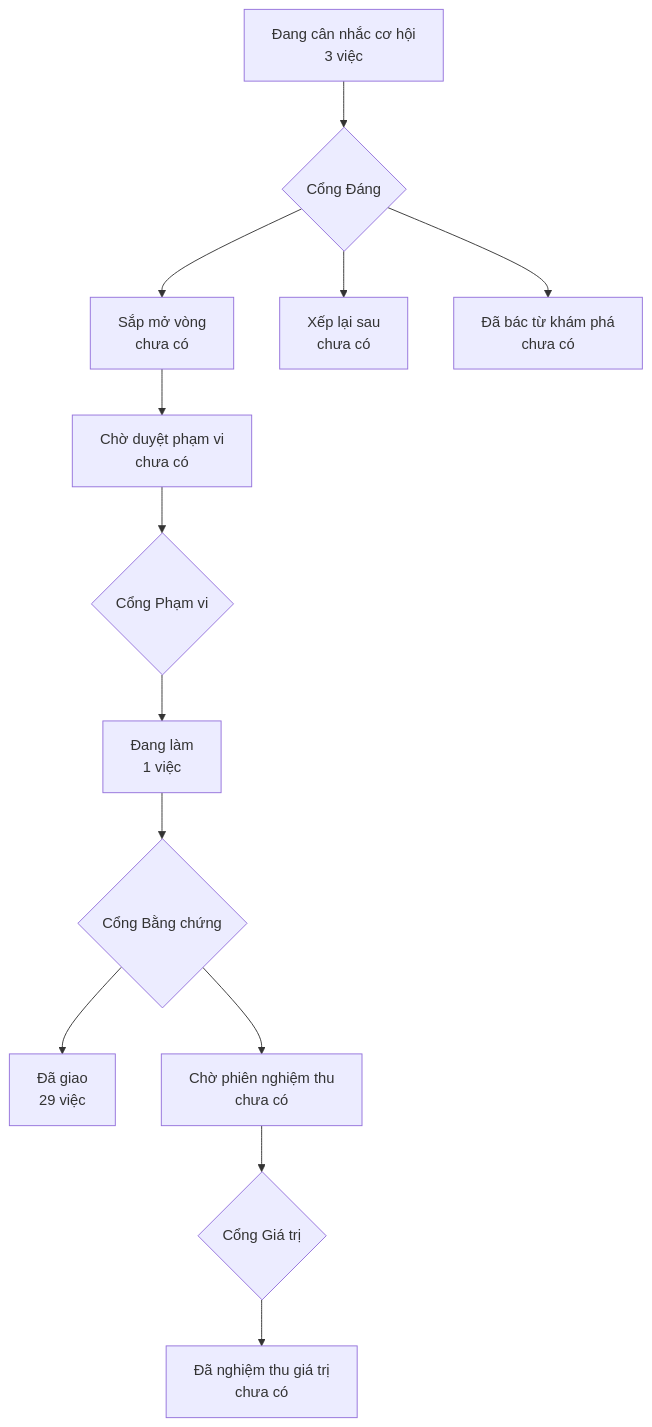
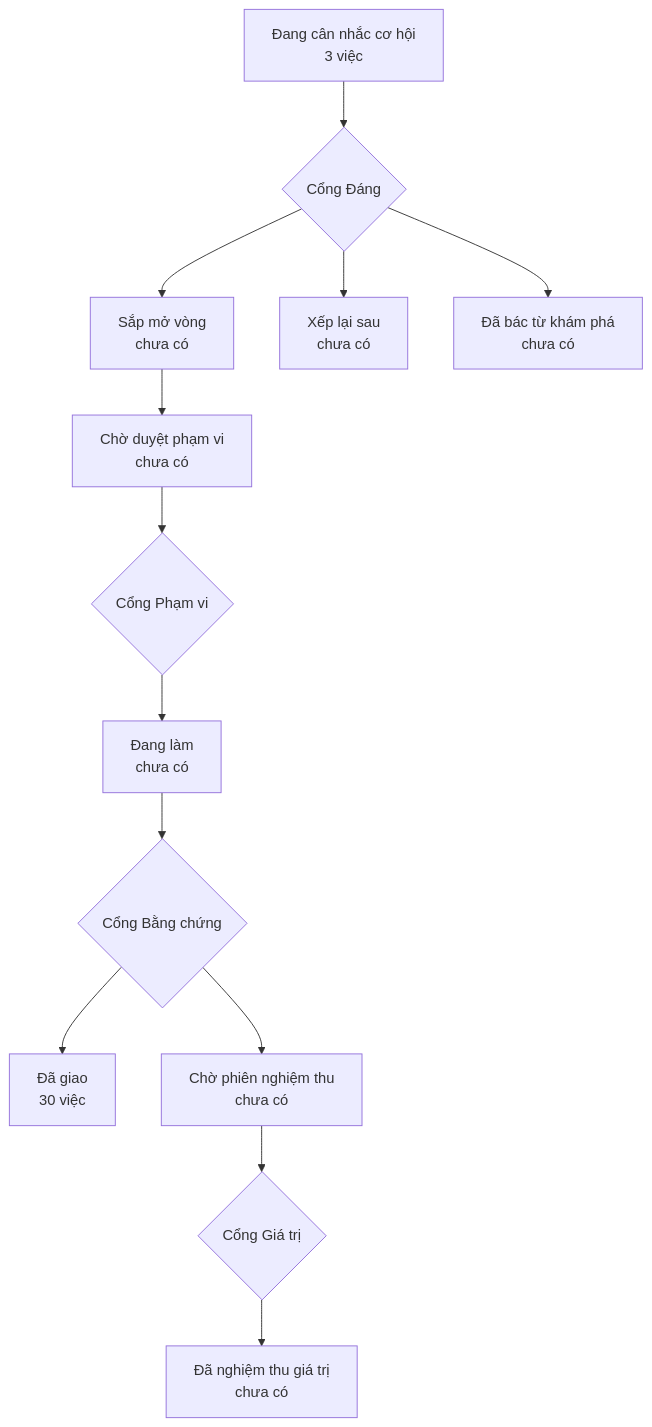
One commit to phanlemanh/OneFlow changed the diagram in PRODUCT-MAP.md. Above: the diagram before and after it, drawn with Mermaid. The commit also changed other lines of this file and 4 other files, not shown here.

````diff
--- a/PRODUCT-MAP.md
+++ b/PRODUCT-MAP.md
@@ -6,12 +6,12 @@
 ```mermaid
 flowchart TD
   A["Đang cân nhắc cơ hội<br/>3 việc"] --> GD{"Cổng Đáng"}
   GD --> B["Sắp mở vòng<br/>chưa có"]
   GD --> XL["Xếp lại sau<br/>chưa có"]
   GD --> DB["Đã bác từ khám phá<br/>chưa có"]
   B --> CD["Chờ duyệt phạm vi<br/>chưa có"] --> GP{"Cổng Phạm vi"}
-  GP --> DL["Đang làm<br/>1 việc"] --> GB{"Cổng Bằng chứng"}
-  GB --> DG["Đã giao<br/>29 việc"]
+  GP --> DL["Đang làm<br/>chưa có"] --> GB{"Cổng Bằng chứng"}
+  GB --> DG["Đã giao<br/>30 việc"]
   GB --> CN["Chờ phiên nghiệm thu<br/>chưa có"] --> GG{"Cổng Giá trị"}
   GG --> NT["Đã nghiệm thu giá trị<br/>chưa có"]
 ```
````
